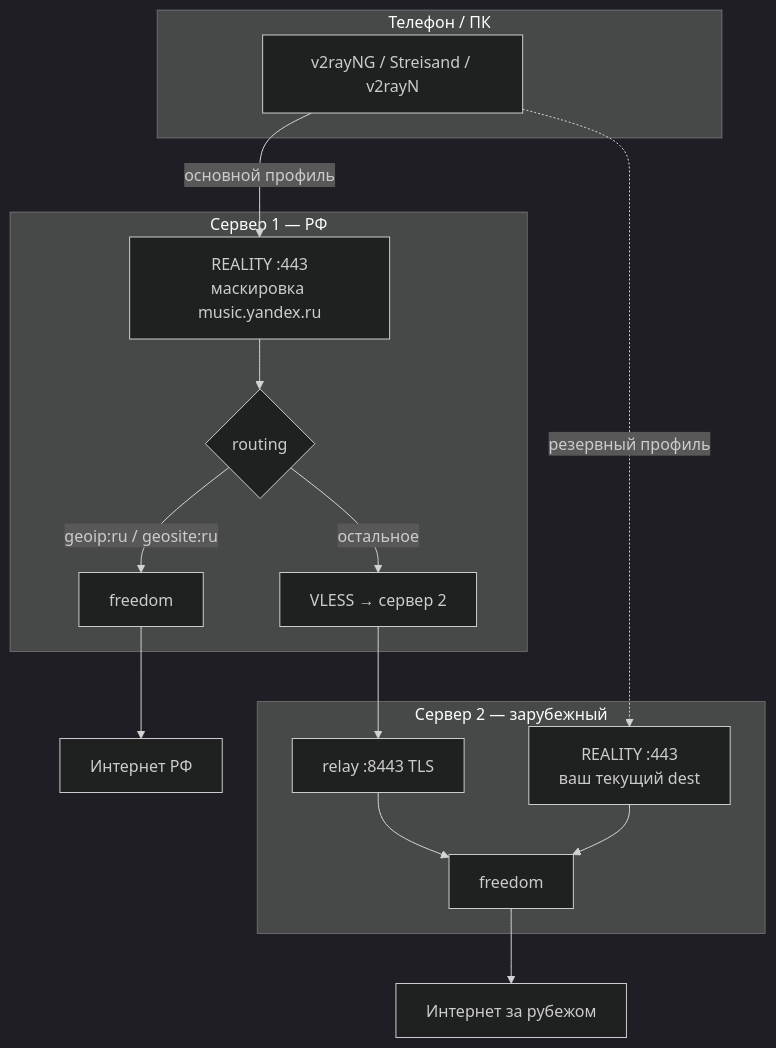
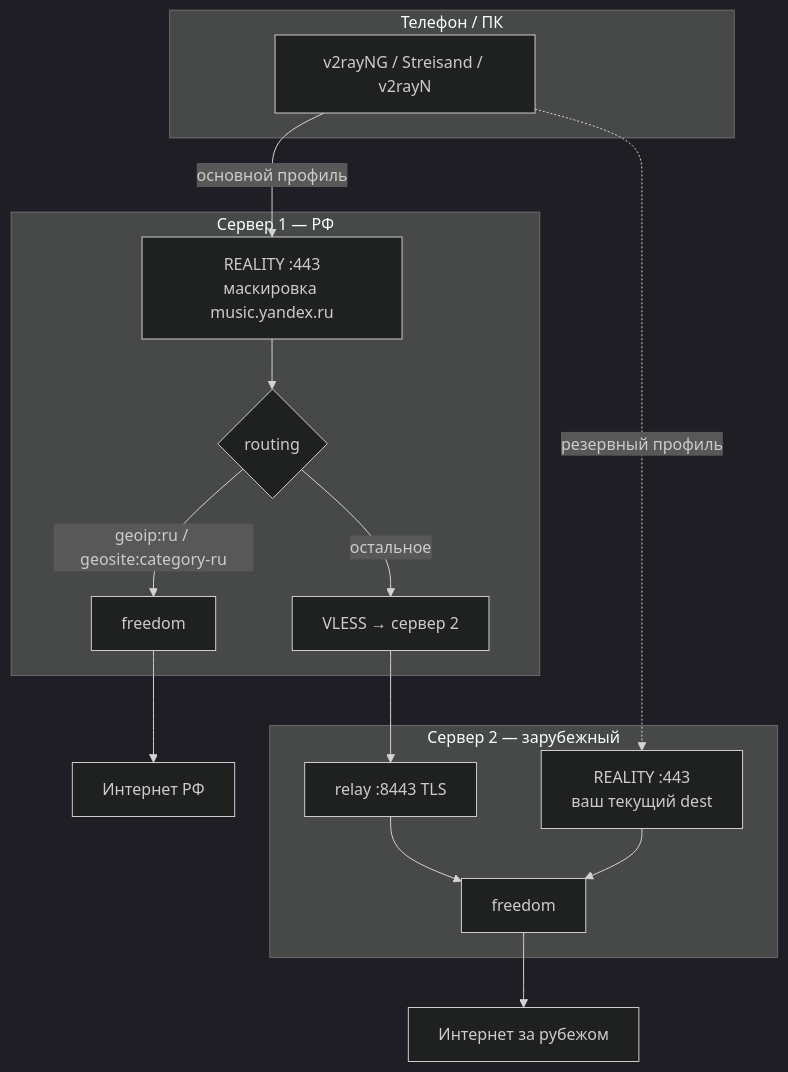
The diagram in dual-server/README.md (esovgirenko/VPN-XRAY-Dual), drawn with Mermaid (dark theme) before and after one commit. The commit also changed other lines of this file and 1 other file, not shown here.

Commit message:
Use geosite:category-ru for Loyalsoldier geosite.dat.
geosite:ru is not present in Loyalsoldier lists; fixes Xray config validation
on server 1 install.

````diff
--- a/dual-server/README.md
+++ b/dual-server/README.md
@@ -31,30 +31,30 @@
 ```mermaid
 flowchart TB
     subgraph client [Телефон / ПК]
         APP[v2rayNG / Streisand / v2rayN]
     end
 
     subgraph s1 [Сервер 1 — РФ]
         IN1[REALITY :443<br/>маскировка music.yandex.ru]
         RT{routing}
         D1[freedom]
         O2[VLESS → сервер 2]
     end
 
     subgraph s2 [Сервер 2 — зарубежный]
         IN2[REALITY :443<br/>ваш текущий dest]
         REL[relay :8443 TLS]
         D2[freedom]
     end
 
     APP -->|основной профиль| IN1
     APP -.->|резервный профиль| IN2
     IN1 --> RT
-    RT -->|geoip:ru / geosite:ru| D1
+    RT -->|geoip:ru / geosite:category-ru| D1
     RT -->|остальное| O2
     O2 --> REL
     REL --> D2
     IN2 --> D2
     D1 --> NET_RU[Интернет РФ]
     D2 --> NET_AB[Интернет за рубежом]
 ```
````
